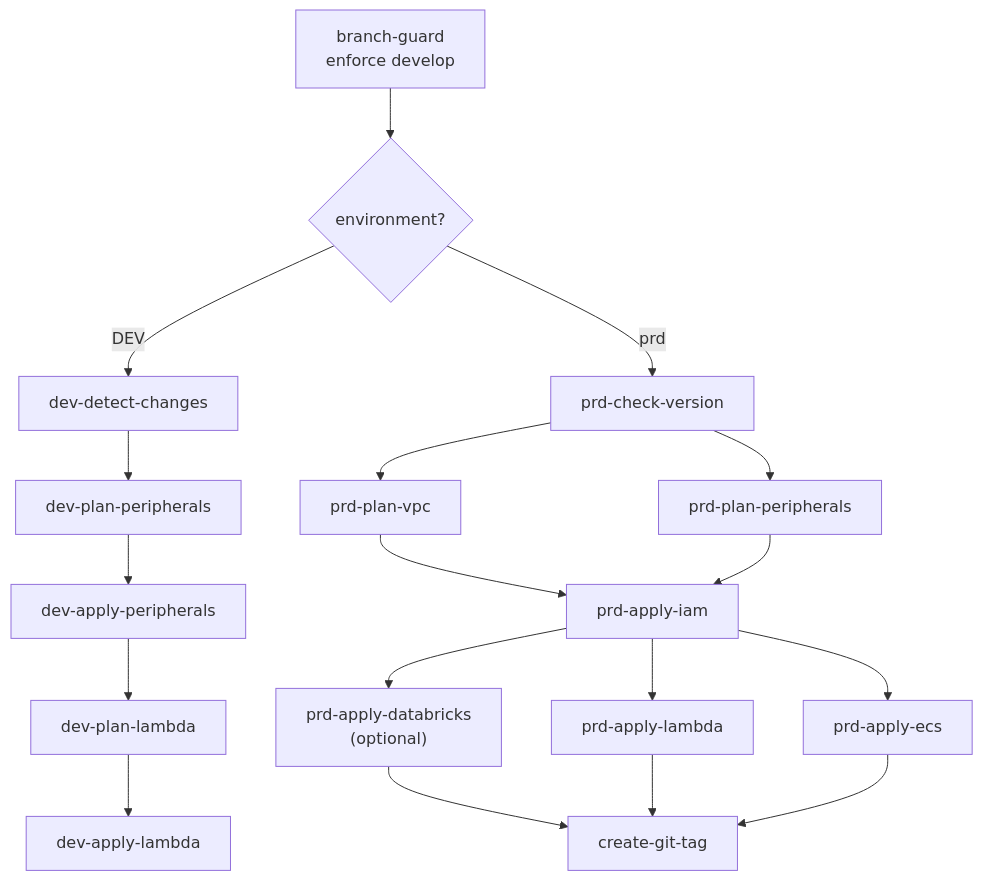
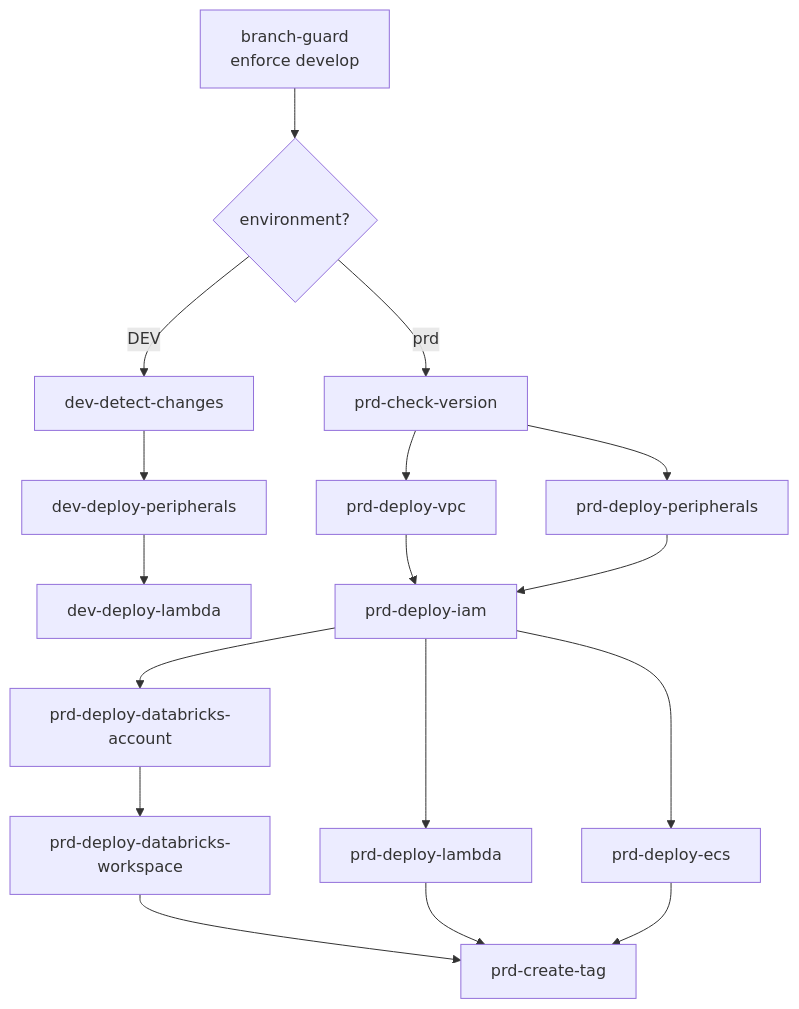
Before and after one commit to marcoaureliomenezes/dd_chain_explorer: the second of 5 diagrams in docs/04_data_ops.md, drawn with Mermaid. The commit also changed other lines of this file and 3 other files, not shown here.

````diff
--- a/docs/04_data_ops.md
+++ b/docs/04_data_ops.md
@@ -135,12 +141,13 @@
 ```mermaid
 flowchart TD
     BG["branch-guard<br/>enforce develop"] --> ENV{environment?}
     ENV -->|DEV| DD["dev-detect-changes"]
-    DD --> DP["dev-plan-peripherals"] --> DA["dev-apply-peripherals"]
-    DA --> DLP["dev-plan-lambda"] --> DLA["dev-apply-lambda"]
+    DD --> DDP["dev-deploy-peripherals"]
+    DDP --> DDL["dev-deploy-lambda"]
     ENV -->|prd| PV["prd-check-version"]
-    PV --> PVP["prd-plan-vpc"] & PPA["prd-plan-peripherals"]
-    PVP & PPA --> PI["prd-apply-iam"]
-    PI --> PD["prd-apply-databricks<br/>(optional)"] & PL["prd-apply-lambda"] & PE["prd-apply-ecs"]
-    PD & PL & PE --> GT["create-git-tag"]
+    PV --> PVP["prd-deploy-vpc"] & PDP["prd-deploy-peripherals"]
+    PVP & PDP --> PI["prd-deploy-iam"]
+    PI --> PDA["prd-deploy-databricks-account"] & PL["prd-deploy-lambda"] & PE["prd-deploy-ecs"]
+    PDA --> PDW["prd-deploy-databricks-workspace"]
+    PDW & PL & PE --> GT["prd-create-tag"]
 ```
````
